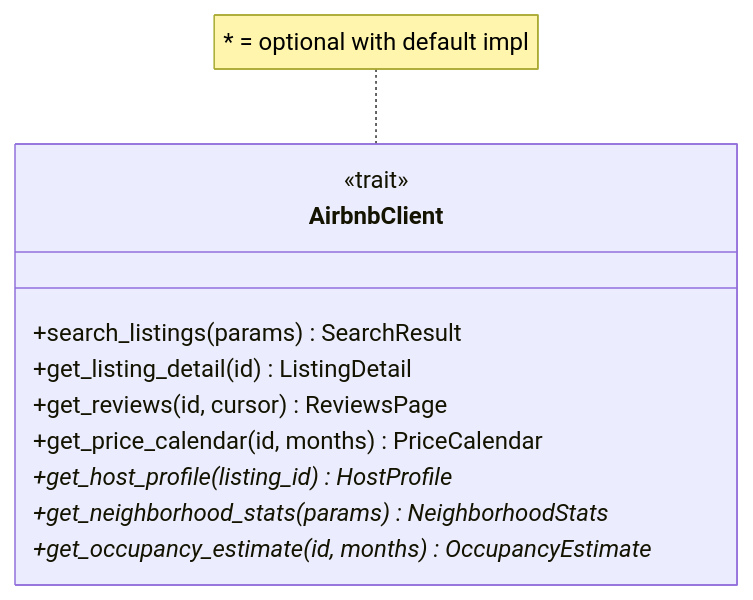
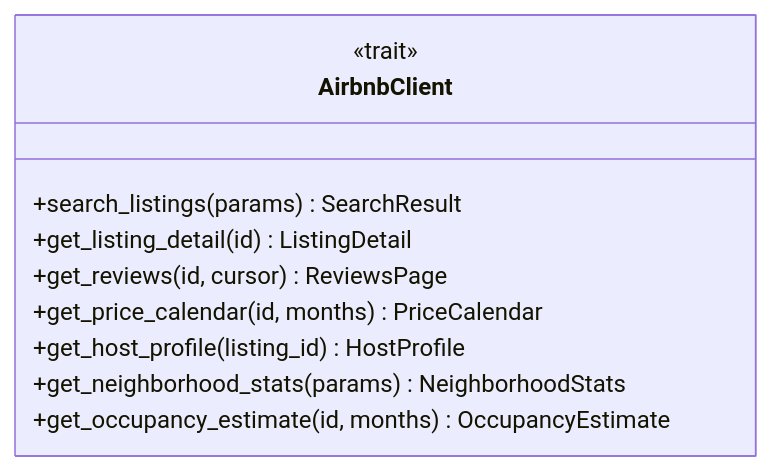
Before and after one commit to muchiny/mcp-airbnb: the first of 2 diagrams in src/ports/README.md, drawn with Mermaid. The commit also changed other lines of this file and 194 other files, not shown here.

````diff
--- a/src/ports/README.md
+++ b/src/ports/README.md
@@ -27,14 +24,13 @@
 ```mermaid
 classDiagram
     class AirbnbClient {
         <<trait>>
         +search_listings(params) SearchResult
         +get_listing_detail(id) ListingDetail
         +get_reviews(id, cursor) ReviewsPage
         +get_price_calendar(id, months) PriceCalendar
-        +get_host_profile(listing_id) HostProfile*
-        +get_neighborhood_stats(params) NeighborhoodStats*
-        +get_occupancy_estimate(id, months) OccupancyEstimate*
+        +get_host_profile(listing_id) HostProfile
+        +get_neighborhood_stats(params) NeighborhoodStats
+        +get_occupancy_estimate(id, months) OccupancyEstimate
     }
-    note for AirbnbClient "* = optional with default impl"
 ```
````
